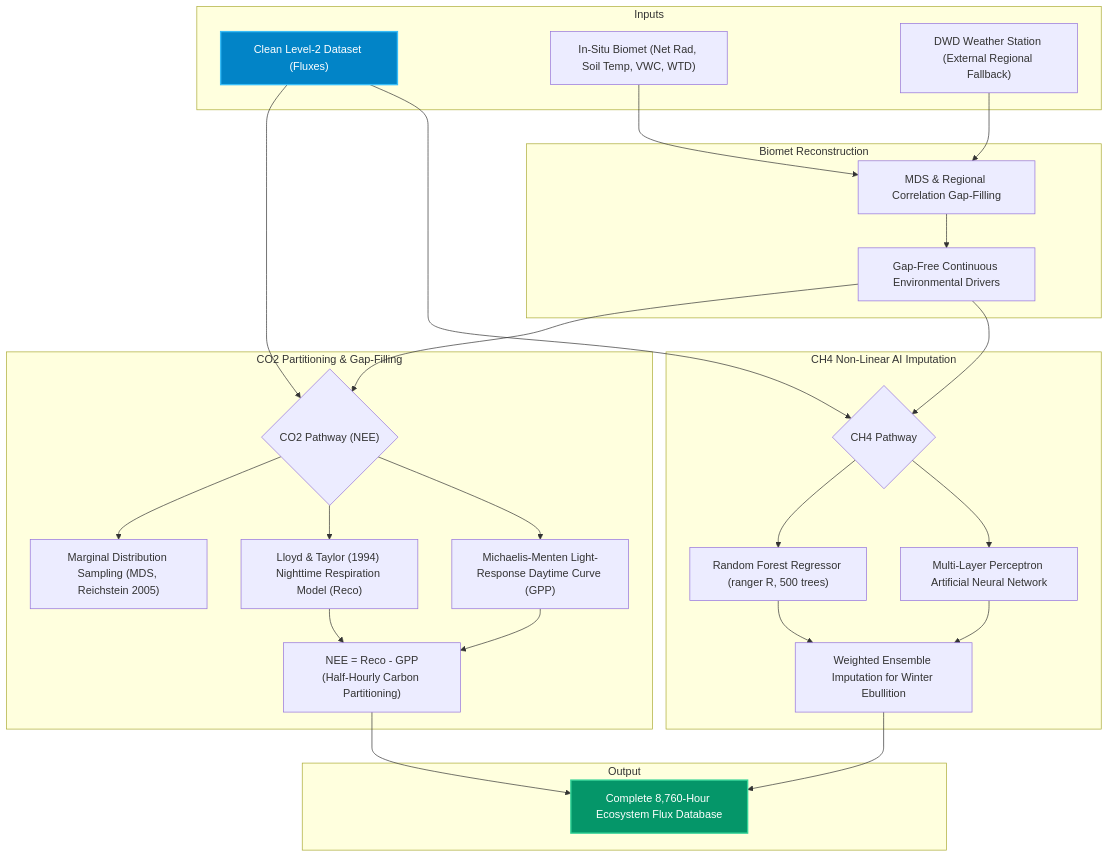
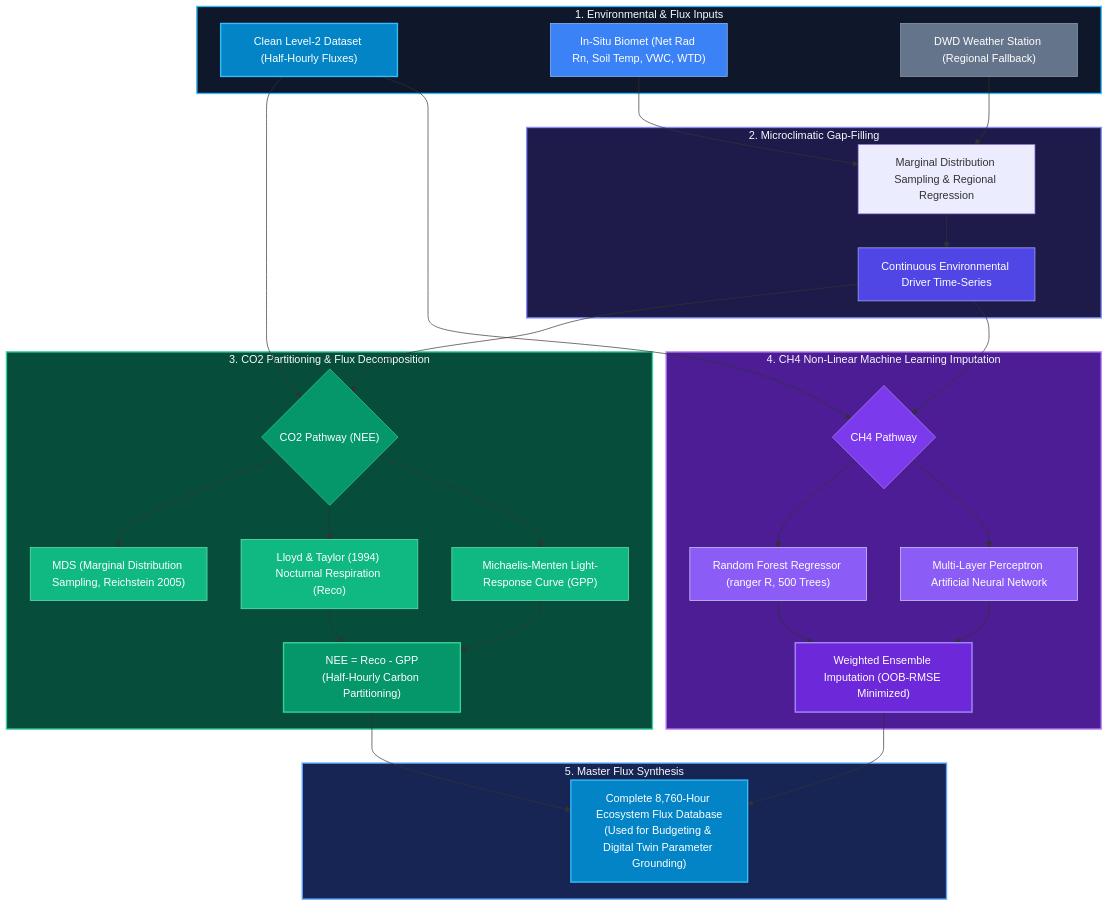
Before and after one commit to danisantanderurrutia-coder/wetland-monitor: the diagram in scripts_hub/mermaid/02_gapfilling_partitioning_pipeline.md, drawn with Mermaid. The commit also changed other lines of this file and 11 other files, not shown here.

Commit message:
feat(hub): add twin architecture and data ingestion pipelines, RStudio syntax highlighting, and enhanced Mermaid diagrams

````diff
--- a/scripts_hub/mermaid/02_gapfilling_partitioning_pipeline.md
+++ b/scripts_hub/mermaid/02_gapfilling_partitioning_pipeline.md
@@ -5,35 +5,53 @@
 ```mermaid
 flowchart TD
-    subgraph Inputs
-        CleanL2["Clean Level-2 Dataset (Fluxes)"]
-        RawBiomet["In-Situ Biomet (Net Rad, Soil Temp, VWC, WTD)"]
-        DWD["DWD Weather Station (External Regional Fallback)"]
+    subgraph Inputs ["1. Environmental & Flux Inputs"]
+        CleanL2["Clean Level-2 Dataset (Half-Hourly Fluxes)"]
+        RawBiomet["In-Situ Biomet (Net Rad Rn, Soil Temp, VWC, WTD)"]
+        DWD["DWD Weather Station (Regional Fallback)"]
     end
 
-    subgraph Biomet Reconstruction
-        RawBiomet & DWD --> BiometFill["MDS & Regional Correlation Gap-Filling"]
-        BiometFill --> ContinuousDrivers["Gap-Free Continuous Environmental Drivers"]
+    subgraph Biomet_Reconstruction ["2. Microclimatic Gap-Filling"]
+        RawBiomet & DWD --> BiometFill["Marginal Distribution Sampling & Regional Regression"]
+        BiometFill --> ContinuousDrivers["Continuous Environmental Driver Time-Series"]
     end
 
-    subgraph CO2 Partitioning & Gap-Filling
+    subgraph CO2_Partitioning ["3. CO2 Partitioning & Flux Decomposition"]
         CleanL2 & ContinuousDrivers --> CO2_Branch{"CO2 Pathway (NEE)"}
-        CO2_Branch --> MDS["Marginal Distribution Sampling (MDS, Reichstein 2005)"]
-        CO2_Branch --> LT["Lloyd & Taylor (1994) Nighttime Respiration Model (Reco)"]
-        CO2_Branch --> MM["Michaelis-Menten Light-Response Daytime Curve (GPP)"]
+        CO2_Branch --> MDS["MDS (Marginal Distribution Sampling, Reichstein 2005)"]
+        CO2_Branch --> LT["Lloyd & Taylor (1994) Nocturnal Respiration (Reco)"]
+        CO2_Branch --> MM["Michaelis-Menten Light-Response Curve (GPP)"]
         LT & MM --> NEE_Partition["NEE = Reco - GPP\n(Half-Hourly Carbon Partitioning)"]
     end
 
-    subgraph CH4 Non-Linear AI Imputation
+    subgraph CH4_AI_Imputation ["4. CH4 Non-Linear Machine Learning Imputation"]
         CleanL2 & ContinuousDrivers --> CH4_Branch{"CH4 Pathway"}
-        CH4_Branch --> RF["Random Forest Regressor (ranger R, 500 trees)"]
+        CH4_Branch --> RF["Random Forest Regressor (ranger R, 500 Trees)"]
         CH4_Branch --> ANN["Multi-Layer Perceptron Artificial Neural Network"]
-        RF & ANN --> CH4_Ensemble["Weighted Ensemble Imputation for Winter Ebullition"]
+        RF & ANN --> CH4_Ensemble["Weighted Ensemble Imputation (OOB-RMSE Minimized)"]
     end
 
-    subgraph Output
-        NEE_Partition & CH4_Ensemble --> MasterEcosystem["Complete 8,760-Hour Ecosystem Flux Database"]
+    subgraph Master_Output ["5. Master Flux Synthesis"]
+        NEE_Partition & CH4_Ensemble --> MasterEcosystem["Complete 8,760-Hour Ecosystem Flux Database\n(Used for Budgeting & Digital Twin Parameter Grounding)"]
     end
 
+    style Inputs fill:#0f172a,stroke:#38bdf8,stroke-width:2px,color:#f8fafc
+    style Biomet_Reconstruction fill:#1e1b4b,stroke:#818cf8,stroke-width:2px,color:#f8fafc
+    style CO2_Partitioning fill:#064e3b,stroke:#34d399,stroke-width:2px,color:#f8fafc
+    style CH4_AI_Imputation fill:#4c1d95,stroke:#c084fc,stroke-width:2px,color:#f8fafc
+    style Master_Output fill:#172554,stroke:#60a5fa,stroke-width:2px,color:#f8fafc
+
     style CleanL2 fill:#0284c7,stroke:#38bdf8,stroke-width:2px,color:#ffffff
-    style MasterEcosystem fill:#059669,stroke:#34d399,stroke-width:2px,color:#ffffff
+    style RawBiomet fill:#3b82f6,stroke:#93c5fd,color:#ffffff
+    style DWD fill:#64748b,stroke:#94a3b8,color:#ffffff
+    style ContinuousDrivers fill:#4f46e5,stroke:#a5b4fc,color:#ffffff
+    style CO2_Branch fill:#059669,stroke:#34d399,color:#ffffff
+    style MDS fill:#10b981,stroke:#6ee7b7,color:#ffffff
+    style LT fill:#10b981,stroke:#6ee7b7,color:#ffffff
+    style MM fill:#10b981,stroke:#6ee7b7,color:#ffffff
+    style NEE_Partition fill:#059669,stroke:#34d399,stroke-width:2px,color:#ffffff
+    style CH4_Branch fill:#7c3aed,stroke:#c084fc,color:#ffffff
+    style RF fill:#8b5cf6,stroke:#ddd6fe,color:#ffffff
+    style ANN fill:#8b5cf6,stroke:#ddd6fe,color:#ffffff
+    style CH4_Ensemble fill:#6d28d9,stroke:#a78bfa,stroke-width:2px,color:#ffffff
+    style MasterEcosystem fill:#0284c7,stroke:#38bdf8,stroke-width:2px,color:#ffffff
 ```
````
